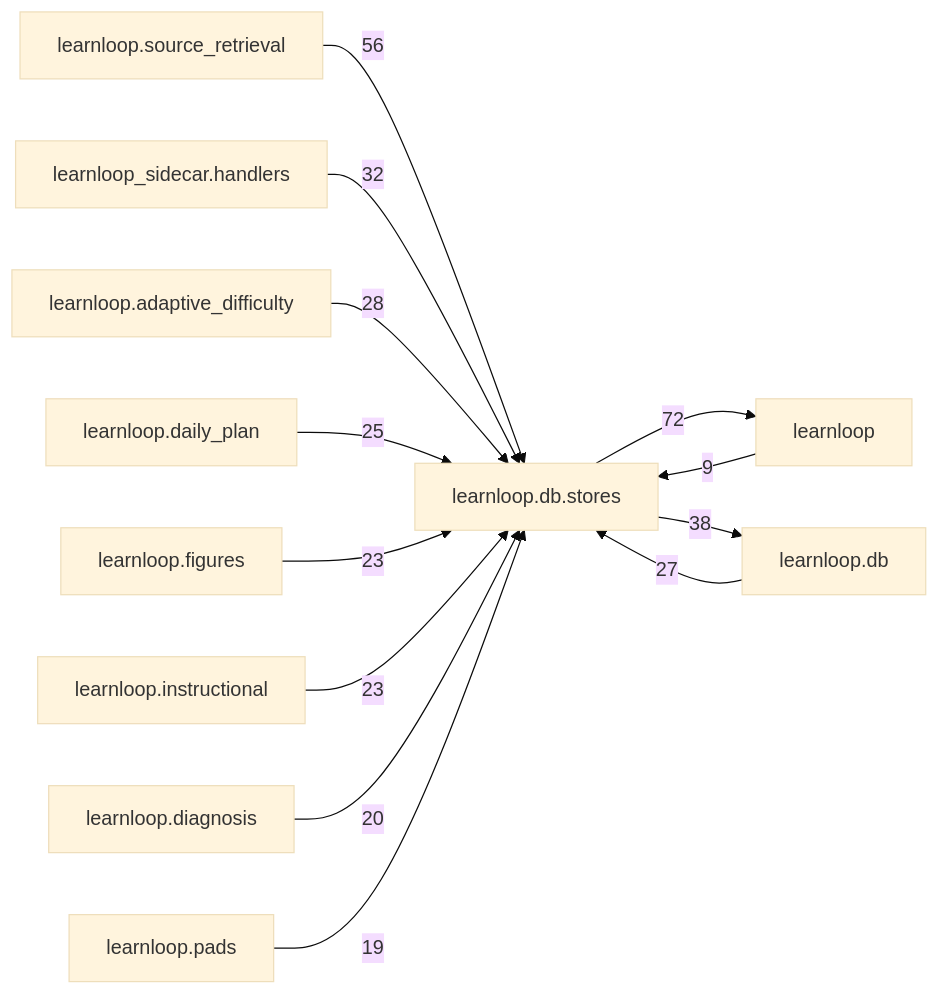
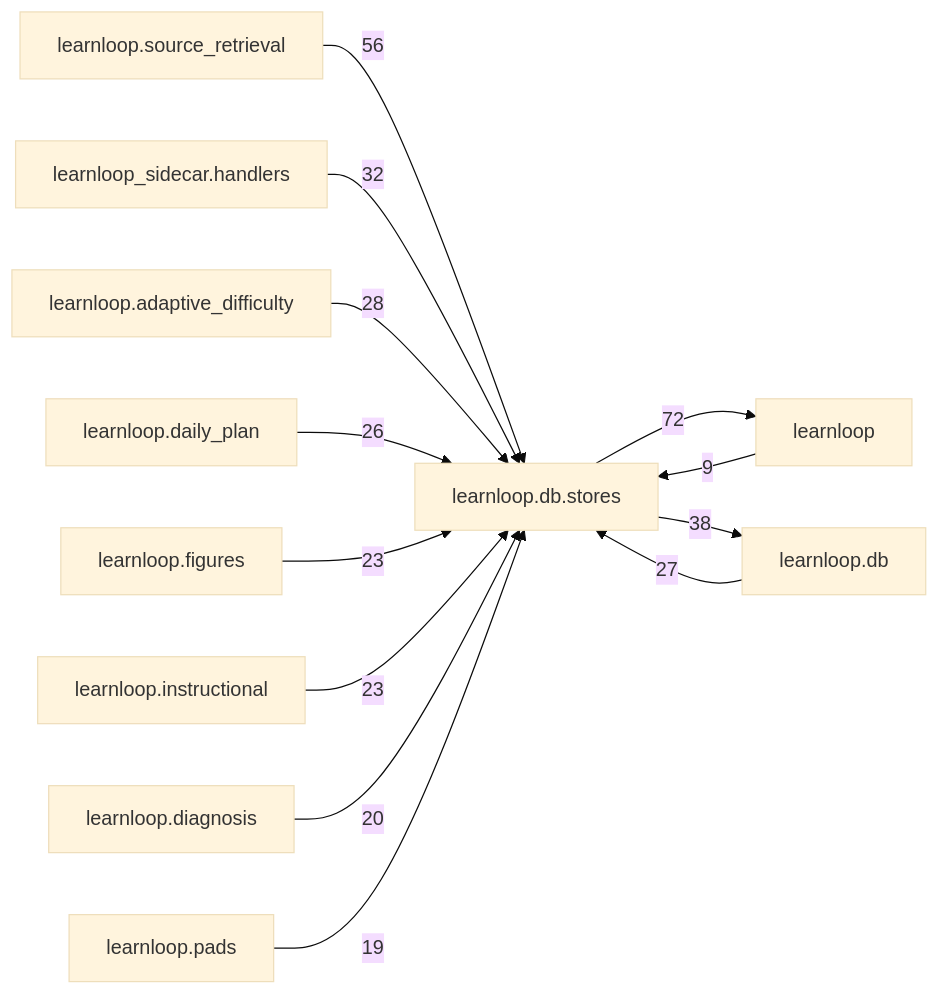
Before and after one commit to 6up-b/learnanything: the diagram in docs/learnloop-architecture-vault/Reference/Modules/learnloop/db/stores/_package.md, drawn with Mermaid (base theme). The commit also changed other lines of this file and 32 other files, not shown here.

````diff
--- a/docs/learnloop-architecture-vault/Reference/Modules/learnloop/db/stores/_package.md
+++ b/docs/learnloop-architecture-vault/Reference/Modules/learnloop/db/stores/_package.md
@@ -282,26 +282,26 @@
 ```mermaid
 flowchart LR
     center["learnloop.db.stores"]
     n_learnloop["learnloop"]
     n_learnloop_db["learnloop.db"]
     n_learnloop_source_retrieval["learnloop.source_retrieval"]
     n_learnloop_sidecar_handlers["learnloop_sidecar.handlers"]
     n_learnloop_adaptive_difficulty["learnloop.adaptive_difficulty"]
     n_learnloop_daily_plan["learnloop.daily_plan"]
     n_learnloop_figures["learnloop.figures"]
     n_learnloop_instructional["learnloop.instructional"]
     n_learnloop_diagnosis["learnloop.diagnosis"]
     n_learnloop_pads["learnloop.pads"]
     n_learnloop -->|9| center
     center -->|72| n_learnloop
     n_learnloop_db -->|27| center
     center -->|38| n_learnloop_db
     n_learnloop_source_retrieval -->|56| center
     n_learnloop_sidecar_handlers -->|32| center
     n_learnloop_adaptive_difficulty -->|28| center
-    n_learnloop_daily_plan -->|25| center
+    n_learnloop_daily_plan -->|26| center
     n_learnloop_figures -->|23| center
     n_learnloop_instructional -->|23| center
     n_learnloop_diagnosis -->|20| center
     n_learnloop_pads -->|19| center
 ```
````
